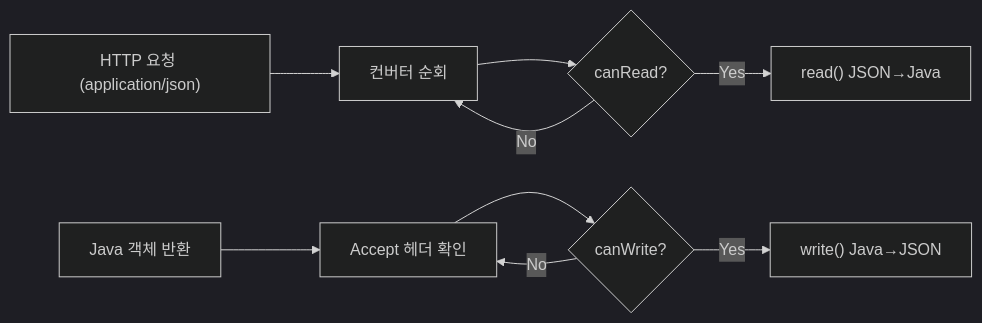
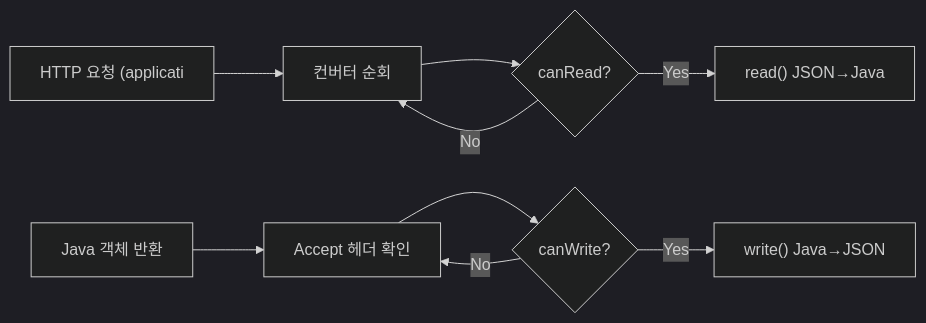
The ninth of 14 diagrams in _posts/spring/2026-05-02-spring-mvc-deep.md (yjkim2015/yjkim2015.github.io), drawn with Mermaid (dark theme) before and after one commit. The commit also changed other lines of this file and 271 other files, not shown here.

First line of the commit message:
Mermaid 라벨 축소: 긴 노드 텍스트 18자 이하로 트림 + \n 제거

````diff
--- a/_posts/spring/2026-05-02-spring-mvc-deep.md
+++ b/_posts/spring/2026-05-02-spring-mvc-deep.md
@@ -636,11 +636,11 @@
 ```mermaid
 flowchart LR
-    A["HTTP 요청 (application/json)"] --> B["컨버터 순회"]
+    A["HTTP 요청 (applicati"] --> B["컨버터 순회"]
     B --> C{"canRead?"}
     C -->|Yes| D["read() JSON→Java"]
     C -->|No| B
     F["Java 객체 반환"] --> G["Accept 헤더 확인"]
     G --> H{"canWrite?"}
     H -->|Yes| I["write() Java→JSON"]
     H -->|No| G
 ```
````
